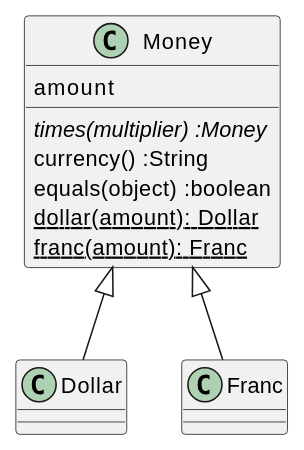
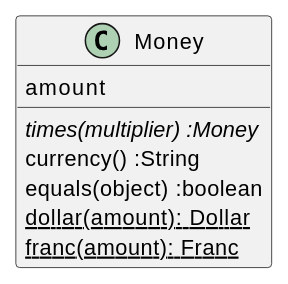
The diagram in docs/src/spec/the_money_example.adoc (hiroshima-arc/pragmatic_programing), drawn with PlantUML before and after one commit. The commit also changed other lines of this file and 3 other files, not shown here.

```diff
--- a/docs/src/spec/the_money_example.adoc
+++ b/docs/src/spec/the_money_example.adoc
@@ -63,19 +63,11 @@
 [plantuml]
 ----
 class Money {
   amount
   {abstract} times(multiplier) :Money
   currency() :String
   equals(object) :boolean
   {static} dollar(amount): Dollar
   {static} franc(amount): Franc
 }
-class Dollar {
-}
-
-class Franc {
-}
-
-Money <|-- Dollar
-Money <|-- Franc
 ----
```
